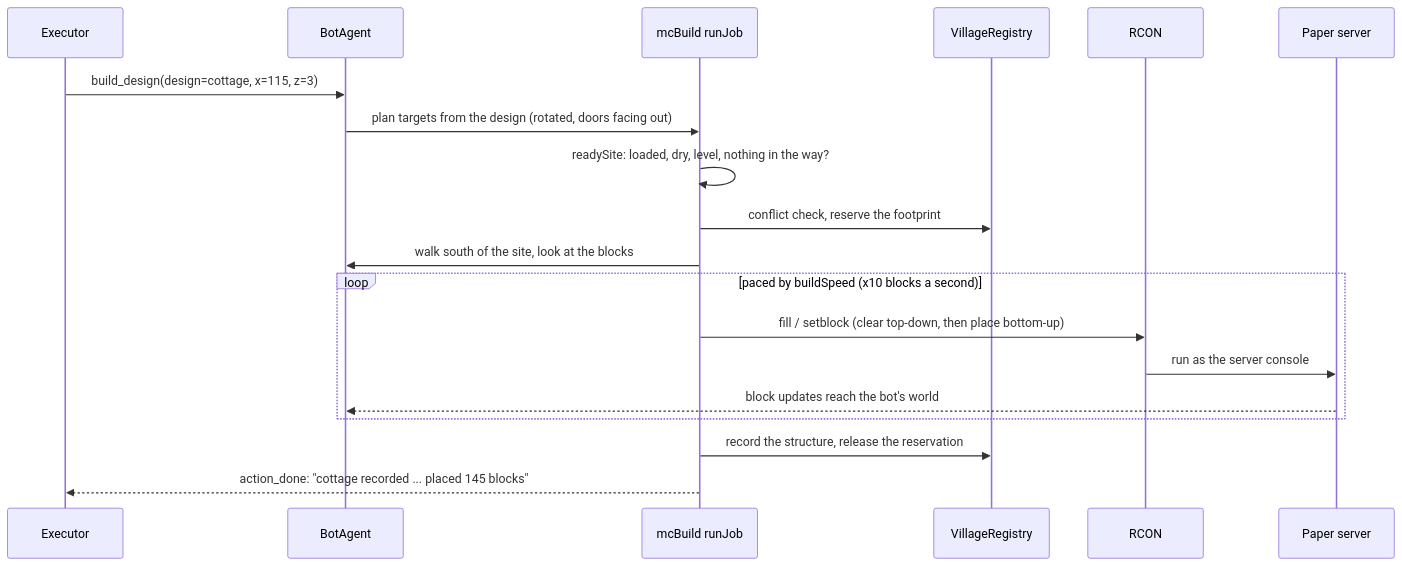
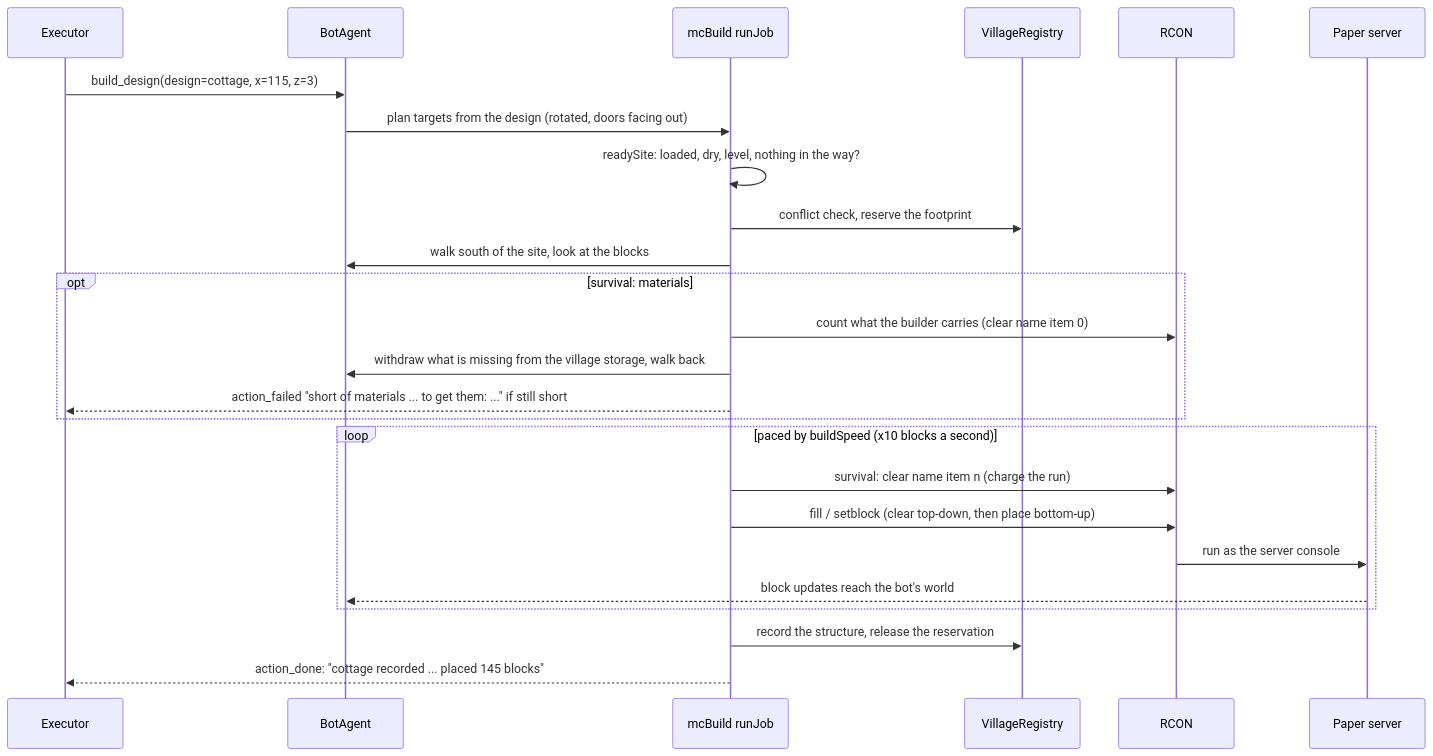
The eighth of 12 diagrams in docs/ARCHITECTURE.md (delphium226/MCAISandbox), drawn with Mermaid before and after one commit. The commit also changed other lines of this file and 5 other files, not shown here.

````diff
--- a/docs/ARCHITECTURE.md
+++ b/docs/ARCHITECTURE.md
@@ -295,21 +295,27 @@
 ```mermaid
 sequenceDiagram
   participant E as Executor
   participant B as BotAgent
   participant J as mcBuild runJob
   participant V as VillageRegistry
   participant R as RCON
   participant P as Paper server
   E->>B: build_design(design=cottage, x=115, z=3)
   B->>J: plan targets from the design (rotated, doors facing out)
   J->>J: readySite: loaded, dry, level, nothing in the way?
   J->>V: conflict check, reserve the footprint
   J->>B: walk south of the site, look at the blocks
+  opt survival: materials
+    J->>R: count what the builder carries (clear name item 0)
+    J->>B: withdraw what is missing from the village storage, walk back
+    J-->>E: action_failed "short of materials ... to get them: ..." if still short
+  end
   loop paced by buildSpeed (x10 blocks a second)
+    J->>R: survival: clear name item n (charge the run)
     J->>R: fill / setblock (clear top-down, then place bottom-up)
     R->>P: run as the server console
     P-->>B: block updates reach the bot's world
   end
   J->>V: record the structure, release the reservation
   J-->>E: action_done: "cottage recorded ... placed 145 blocks"
 ```
````
